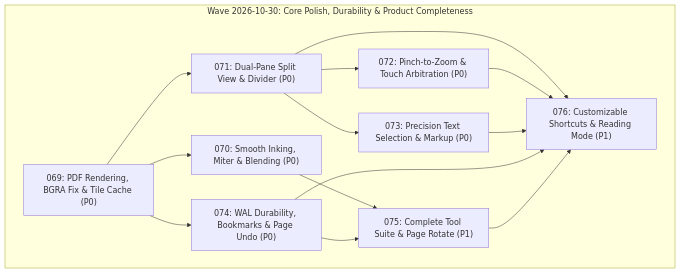
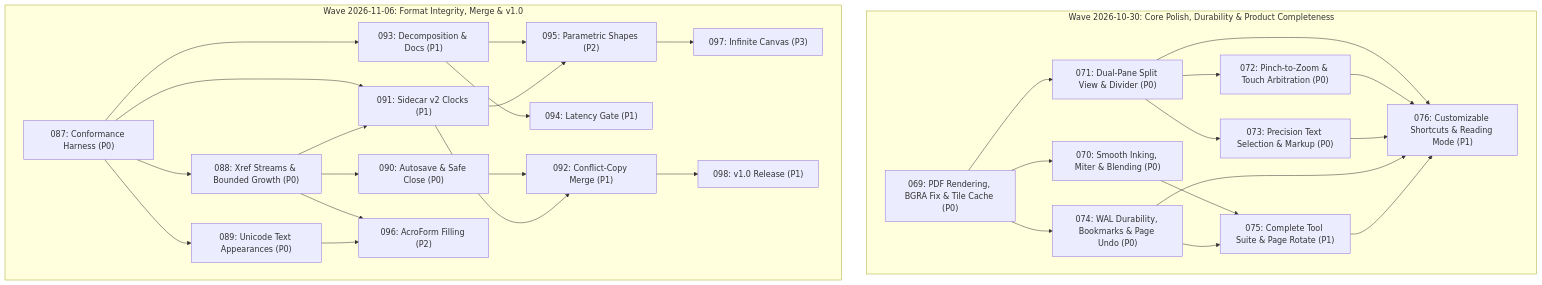
The diagram in plans/README.md (nabilbinsayed/BezierNotes), drawn with Mermaid before and after one commit. The commit also changed other lines of this file and 12 other files, not shown here.

Commit message:
docs(plans): add wave 087-098 (format integrity, multi-device merge & v1.0)

````diff
--- a/plans/README.md
+++ b/plans/README.md
@@ -113,22 +128,45 @@
 ```mermaid
 flowchart TD
     subgraph Wave_2026_10_30 ["Wave 2026-10-30: Core Polish, Durability & Product Completeness"]
         P069["069: PDF Rendering, BGRA Fix & Tile Cache (P0)"]
         P070["070: Smooth Inking, Miter & Blending (P0)"]
         P071["071: Dual-Pane Split View & Divider (P0)"]
         P072["072: Pinch-to-Zoom & Touch Arbitration (P0)"]
         P073["073: Precision Text Selection & Markup (P0)"]
         P074["074: WAL Durability, Bookmarks & Page Undo (P0)"]
         P075["075: Complete Tool Suite & Page Rotate (P1)"]
         P076["076: Customizable Shortcuts & Reading Mode (P1)"]
 
         P069 --> P070
         P069 --> P071
         P069 --> P074
         P071 --> P072
         P071 --> P073
         P070 --> P075
         P074 --> P075
         P071 & P072 & P073 & P074 & P075 --> P076
     end
+    subgraph Wave_2026_11_06 ["Wave 2026-11-06: Format Integrity, Merge & v1.0"]
+        P087["087: Conformance Harness (P0)"]
+        P088["088: Xref Streams & Bounded Growth (P0)"]
+        P089["089: Unicode Text Appearances (P0)"]
+        P090["090: Autosave & Safe Close (P0)"]
+        P091["091: Sidecar v2 Clocks (P1)"]
+        P092["092: Conflict-Copy Merge (P1)"]
+        P093["093: Decomposition & Docs (P1)"]
+        P094["094: Latency Gate (P1)"]
+        P095["095: Parametric Shapes (P2)"]
+        P096["096: AcroForm Filling (P2)"]
+        P097["097: Infinite Canvas (P3)"]
+        P098["098: v1.0 Release (P1)"]
+
+        P087 --> P088 & P089 & P093
+        P087 --> P091
+        P088 --> P090 & P091 & P096
+        P089 --> P096
+        P090 & P091 --> P092
+        P093 --> P094 & P095
+        P091 --> P095 --> P097
+        P092 --> P098
+    end
 ```
````
